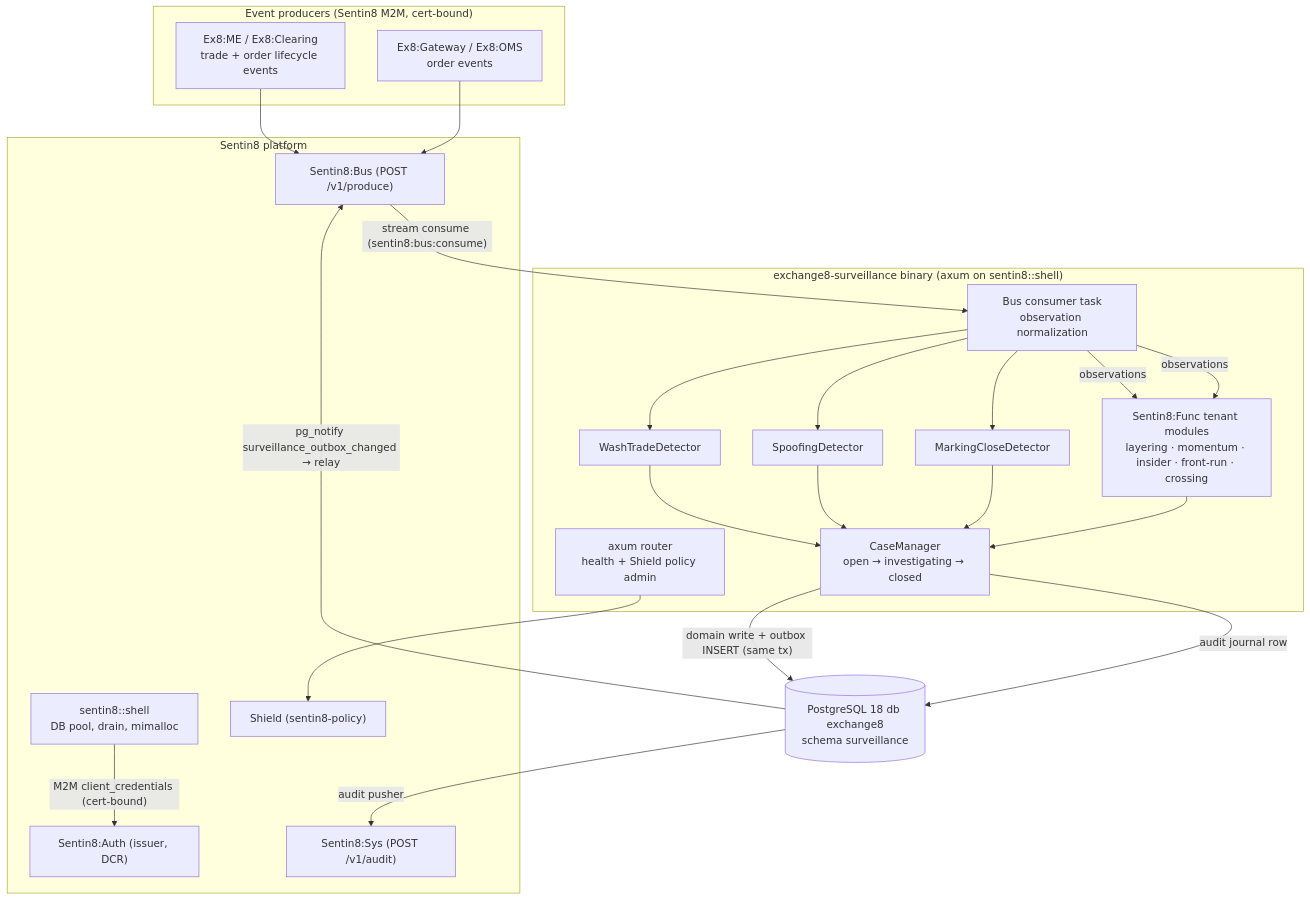
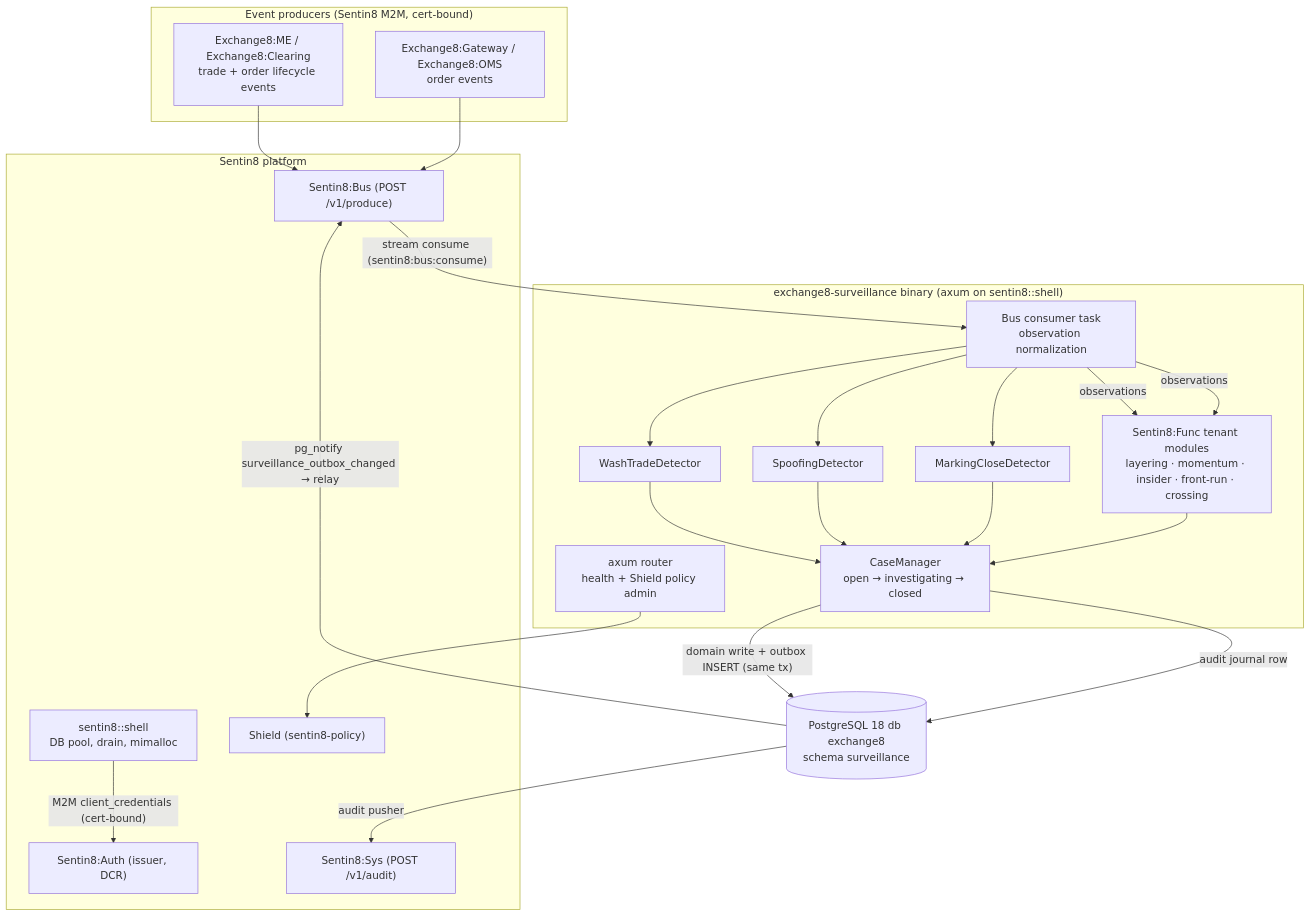
One commit to Exchange8-dev/exchange8-surveillance changed the diagram in README.md. Above: the diagram before and after it, drawn with Mermaid. The commit also changed other lines of this file and 6 other files, not shown here.

````diff
--- a/README.md
+++ b/README.md
@@ -65,46 +65,46 @@
 ```mermaid
 graph TD
     subgraph producers["Event producers (Sentin8 M2M, cert-bound)"]
-        MEW["Ex8:ME / Ex8:Clearing<br/>trade + order lifecycle events"]
-        GW["Ex8:Gateway / Ex8:OMS<br/>order events"]
+        MEW["Exchange8:ME / Exchange8:Clearing<br/>trade + order lifecycle events"]
+        GW["Exchange8:Gateway / Exchange8:OMS<br/>order events"]
     end
 
     subgraph svc["exchange8-surveillance binary (axum on sentin8::shell)"]
         CONSUMER["Bus consumer task<br/>observation normalization"]
         WASH["WashTradeDetector"]
         SPOOF["SpoofingDetector"]
         CLOSE["MarkingCloseDetector"]
         FUNC["Sentin8:Func tenant modules<br/>layering · momentum · insider · front-run · crossing"]
         CM["CaseManager<br/>open → investigating → closed"]
         ROUTER["axum router<br/>health + Shield policy admin"]
     end
 
     subgraph platform["Sentin8 platform"]
         SHELL["sentin8::shell<br/>DB pool, drain, mimalloc"]
         AUTH["Sentin8:Auth (issuer, DCR)"]
         BUS["Sentin8:Bus (POST /v1/produce)"]
         SYS["Sentin8:Sys (POST /v1/audit)"]
         SHIELD["Shield (sentin8-policy)"]
     end
 
     DB[("PostgreSQL 18 db exchange8<br/>schema surveillance")]
 
     MEW --> BUS
     GW --> BUS
     BUS -->|"stream consume (sentin8:bus:consume)"| CONSUMER
     CONSUMER --> WASH
     CONSUMER --> SPOOF
     CONSUMER --> CLOSE
     CONSUMER -->|"observations"| FUNC
     CONSUMER -->|"observations"| FUNC
     WASH --> CM
     SPOOF --> CM
     CLOSE --> CM
     FUNC --> CM
     CM -->|"domain write + outbox INSERT (same tx)"| DB
     CM -->|"audit journal row"| DB
     DB -->|"pg_notify surveillance_outbox_changed → relay"| BUS
     DB -->|"audit pusher"| SYS
     ROUTER --> SHIELD
     SHELL -->|"M2M client_credentials (cert-bound)"| AUTH
 ```
````
